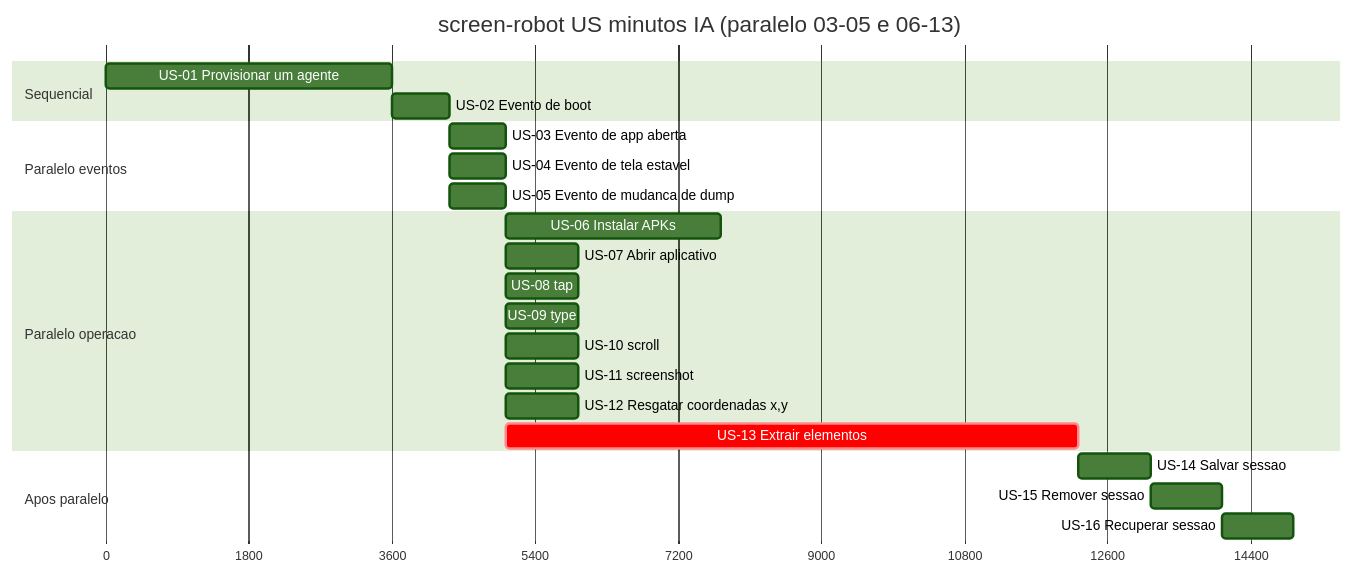
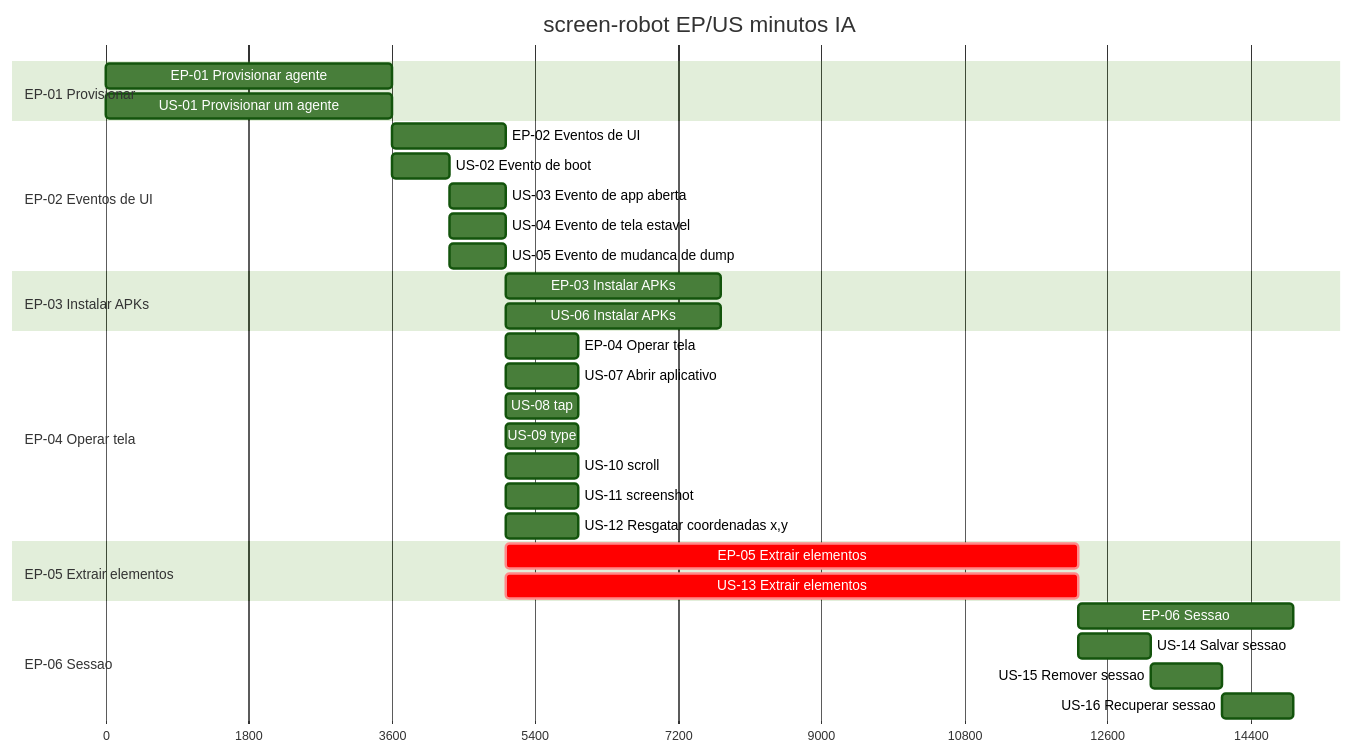
Before and after one commit to laerciogermano/workstation: the diagram in connectmax/screen-robot/roadmap.md, drawn with Mermaid (forest theme). The commit also changed other lines of this file and 2 other files, not shown here.

Commit message:
Adiciona épicos pais (EP) no Gantt do roadmap com US filhas.

````diff
--- a/connectmax/screen-robot/roadmap.md
+++ b/connectmax/screen-robot/roadmap.md
@@ -13,30 +13,40 @@
 ```mermaid
 gantt
-  title screen-robot US minutos IA (paralelo 03-05 e 06-13)
+  title screen-robot EP/US minutos IA
   dateFormat X
   axisFormat %s
 
-  section Sequencial
+  section EP-01 Provisionar
+  EP-01 Provisionar agente              :ep01, 0, 60m
   US-01 Provisionar um agente           :us01, 0, 60m
+
+  section EP-02 Eventos de UI
+  EP-02 Eventos de UI                   :ep02, after us01, 24m
   US-02 Evento de boot                  :us02, after us01, 12m
-
-  section Paralelo eventos
   US-03 Evento de app aberta            :us03, after us02, 12m
   US-04 Evento de tela estavel          :us04, after us02, 12m
   US-05 Evento de mudanca de dump       :us05, after us02, 12m
 
-  section Paralelo operacao
+  section EP-03 Instalar APKs
+  EP-03 Instalar APKs                   :ep03, after us05, 45m
   US-06 Instalar APKs                   :us06, after us05, 45m
+
+  section EP-04 Operar tela
+  EP-04 Operar tela                     :ep04, after us05, 15m
   US-07 Abrir aplicativo                :us07, after us05, 15m
   US-08 tap                             :us08, after us05, 15m
   US-09 type                            :us09, after us05, 15m
   US-10 scroll                          :us10, after us05, 15m
   US-11 screenshot                      :us11, after us05, 15m
   US-12 Resgatar coordenadas x,y        :us12, after us05, 15m
+
+  section EP-05 Extrair elementos
+  EP-05 Extrair elementos               :crit, ep05, after us05, 120m
   US-13 Extrair elementos               :crit, us13, after us05, 120m
 
-  section Apos paralelo
+  section EP-06 Sessao
+  EP-06 Sessao                          :ep06, after us13, 45m
   US-14 Salvar sessao                   :us14, after us13, 15m
   US-15 Remover sessao                  :us15, after us14, 15m
   US-16 Recuperar sessao                :us16, after us15, 15m
 ```
````
